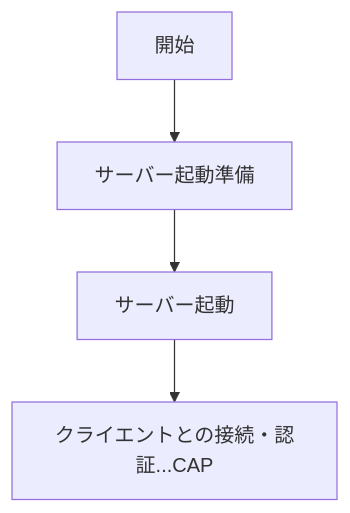
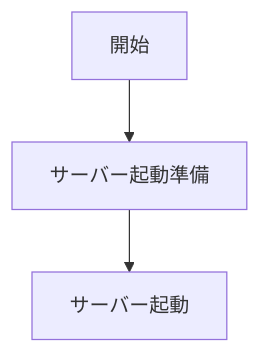
The first of 3 diagrams in flowchart_01_overview.md (sora-grayscale/ft_irc), drawn with Mermaid before and after one commit.

````diff
--- a/flowchart_01_overview.md
+++ b/flowchart_01_overview.md
@@ -3,6 +3,5 @@
 ```mermaid
 flowchart TD
     A[開始] --> B[サーバー起動準備]
     B --> C[サーバー起動]
-    C --> D[クライエントとの接続・認証...CAP]
 ```
````
